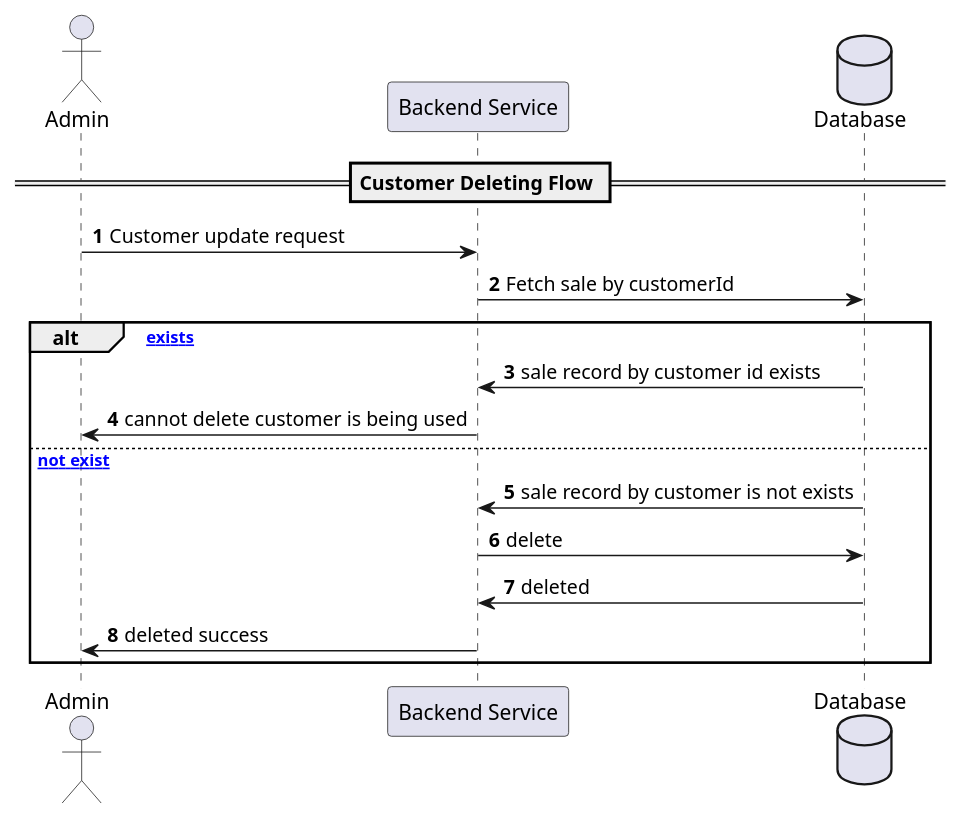
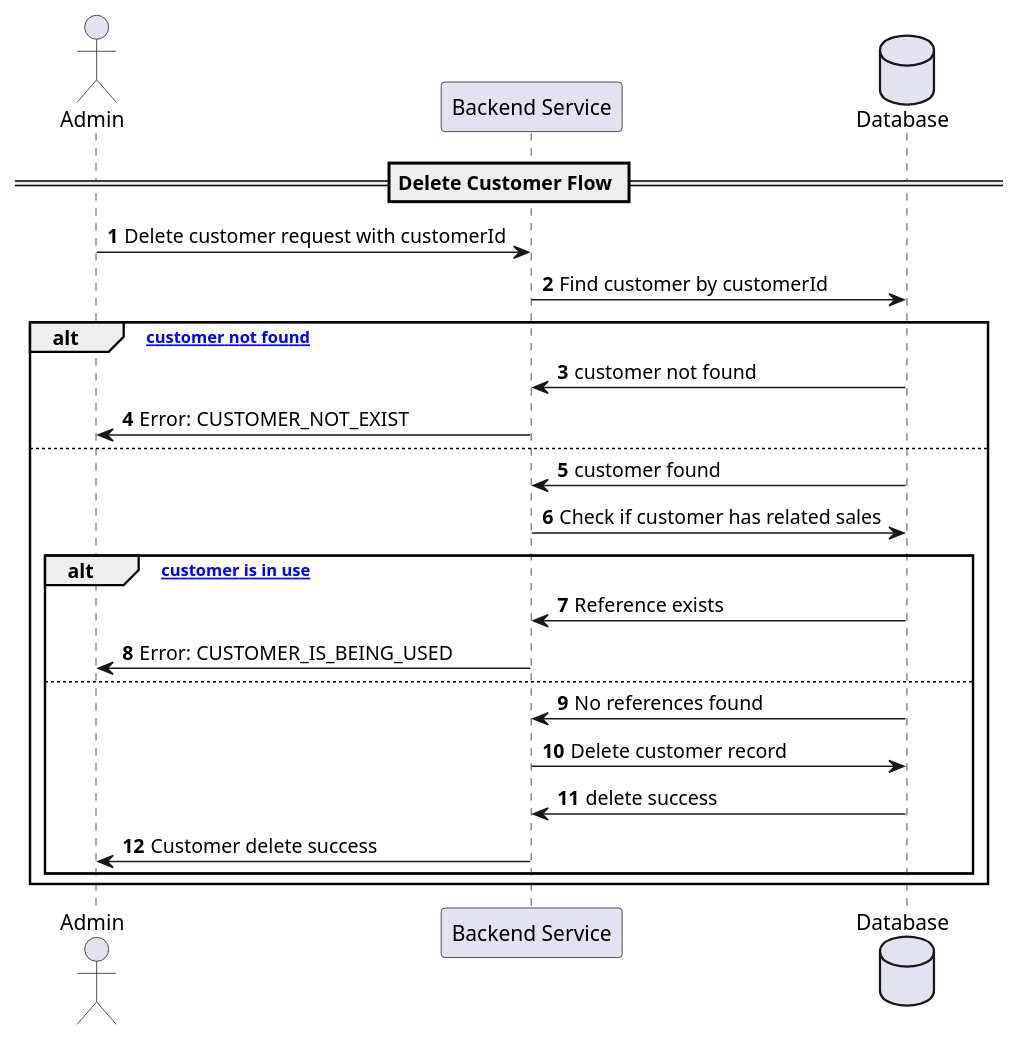
Before and after one commit to viettq1997/pharmacy-system: the diagram in design/flow/customer/CustomerDeleting.puml, drawn with PlantUML. The commit also changed other lines of this file and 9 other files, not shown here.

```diff
--- a/design/flow/customer/CustomerDeleting.puml
+++ b/design/flow/customer/CustomerDeleting.puml
@@ -1,20 +1,27 @@
 @startuml
 autonumber
 
 actor Admin as "Admin"
 participant Backend as "Backend Service"
 database DB as "Database"
 
-== Customer Deleting Flow ==
-Admin -> Backend: Customer update request
-Backend -> DB: Fetch sale by customerId
-alt [sale exists]
-    DB -> Backend: sale record by customer id exists
-    Backend -> Admin: cannot delete customer is being used
-else [sale not exist]
-    DB -> Backend: sale record by customer is not exists
-    Backend -> DB: delete
-    DB -> Backend: deleted
-    Backend -> Admin: deleted success
+== Delete Customer Flow ==
+Admin -> Backend: Delete customer request with customerId
+Backend -> DB: Find customer by customerId
+alt ["customer not found"]
+    DB -> Backend: customer not found
+    Backend -> Admin: Error: CUSTOMER_NOT_EXIST
+else
+    DB -> Backend: customer found
+    Backend -> DB: Check if customer has related sales
+    alt ["customer is in use"]
+        DB -> Backend: Reference exists
+        Backend -> Admin: Error: CUSTOMER_IS_BEING_USED
+    else
+        DB -> Backend: No references found
+        Backend -> DB: Delete customer record
+        DB -> Backend: delete success
+        Backend -> Admin: Customer delete success
+    end
 end
 @enduml
```
